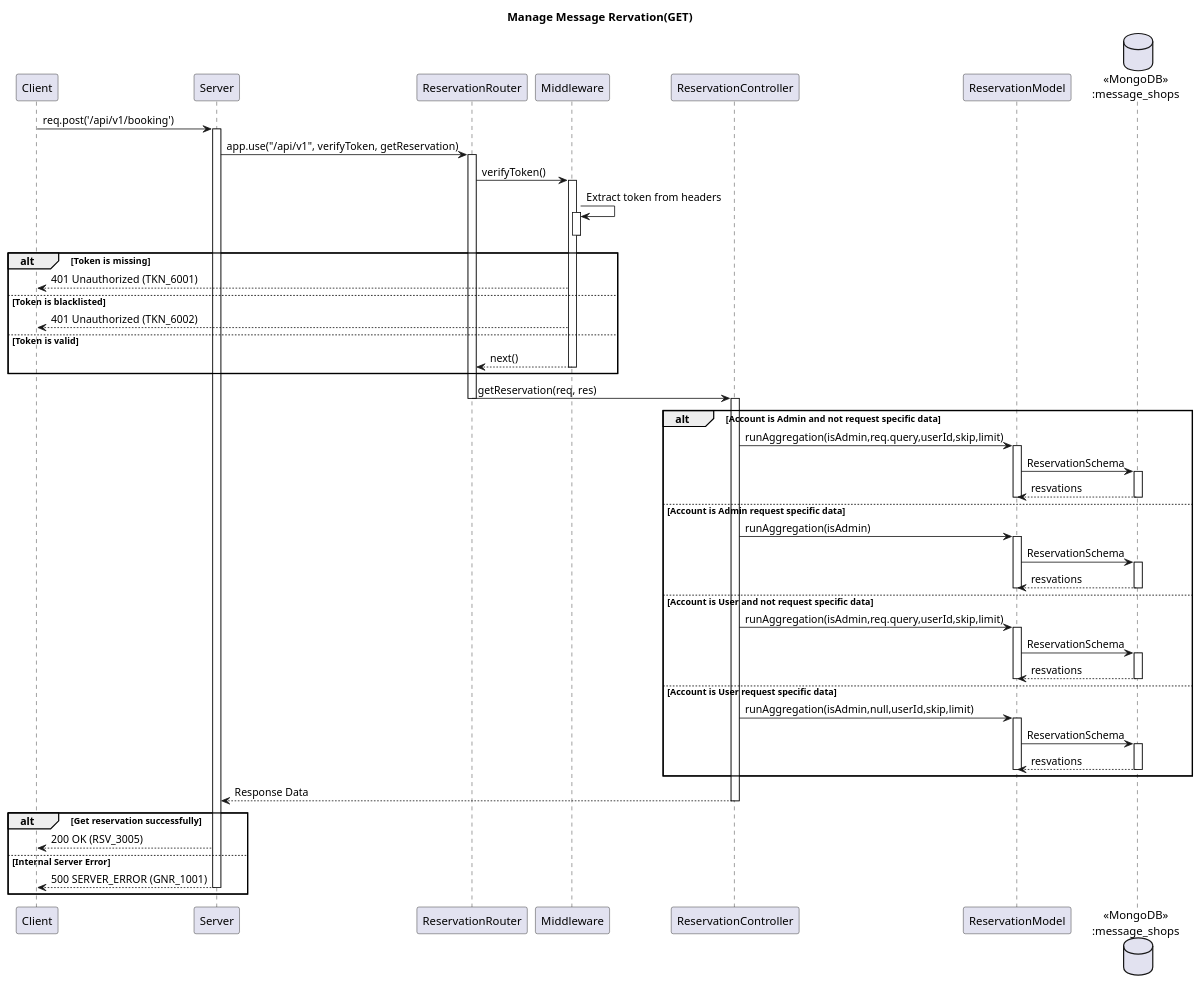
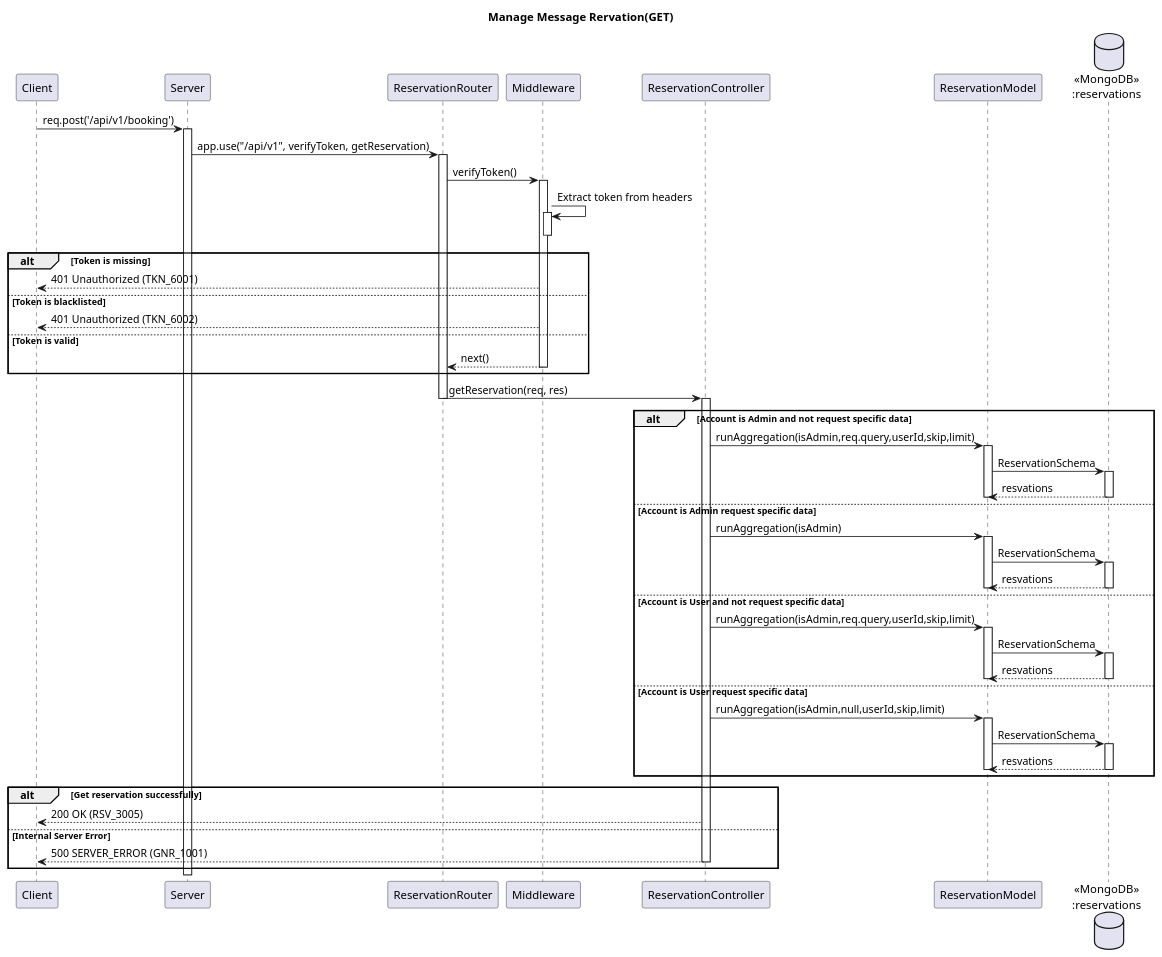
One commit to mindwua/massage_reservation changed the diagram in diagram/reservation/get_booking.puml. Above: the diagram before and after it, drawn with PlantUML. The commit also changed 4 other files, not shown here.

Commit message:
Mind | edit booking uml

```diff
--- a/diagram/reservation/get_booking.puml
+++ b/diagram/reservation/get_booking.puml
@@ -1,81 +1,81 @@
 @startuml
 
 title "Manage Message Rervation(GET)"
 
 participant Client
 participant Server
 participant ReservationRouter as "ReservationRouter"
 participant Middleware
 participant ReservationController as "ReservationController"
 participant ReservationModel as "ReservationModel"
-database "<<MongoDB>>\n:message_shops" as ReservationDatabase
+database "<<MongoDB>>\n:reservations" as ReservationDatabase
 
 Client -> Server: req.post('/api/v1/booking')
 activate Server
 Server -> ReservationRouter: app.use("/api/v1", verifyToken, getReservation)
 activate ReservationRouter
 
 ReservationRouter -> Middleware: verifyToken()
 activate Middleware
 Middleware -> Middleware: Extract token from headers
 activate Middleware
 deactivate Middleware
 
 
 alt Token is missing
     Middleware --> Client: 401 Unauthorized (TKN_6001)
 else Token is blacklisted
     Middleware --> Client: 401 Unauthorized (TKN_6002)
 else Token is valid
     Middleware --> ReservationRouter: next()
 deactivate Middleware
 end
 
 ReservationRouter -> ReservationController: getReservation(req, res)
 deactivate ReservationRouter
 activate ReservationController
 
 alt Account is Admin and not request specific data
     ReservationController -> ReservationModel: runAggregation(isAdmin,req.query,userId,skip,limit)
     activate ReservationModel
     ReservationModel -> ReservationDatabase: ReservationSchema
     activate ReservationDatabase
     ReservationDatabase --> ReservationModel: resvations 
     deactivate ReservationDatabase
     deactivate ReservationModel
 else  Account is Admin request specific data
     ReservationController -> ReservationModel: runAggregation(isAdmin)
     activate ReservationModel
     ReservationModel -> ReservationDatabase: ReservationSchema
     activate ReservationDatabase
     ReservationDatabase --> ReservationModel: resvations 
     deactivate ReservationDatabase
     deactivate ReservationModel
 else Account is User and not request specific data
     ReservationController -> ReservationModel: runAggregation(isAdmin,req.query,userId,skip,limit)
     activate ReservationModel
     ReservationModel -> ReservationDatabase: ReservationSchema
     activate ReservationDatabase
     ReservationDatabase --> ReservationModel: resvations 
     deactivate ReservationDatabase
     deactivate ReservationModel
 else  Account is User request specific data
     ReservationController -> ReservationModel: runAggregation(isAdmin,null,userId,skip,limit)
     activate ReservationModel
     ReservationModel -> ReservationDatabase: ReservationSchema
     activate ReservationDatabase
     ReservationDatabase --> ReservationModel: resvations 
     deactivate ReservationDatabase
     deactivate ReservationModel
 end
 
-    ReservationController --> Server: Response Data
+    ' ReservationController --> Server: Response Data
+    ' deactivate Server
+alt Get reservation successfully
+    ReservationController --> Client: 200 OK (RSV_3005)
+else Internal Server Error   
+    ReservationController --> Client: 500 SERVER_ERROR (GNR_1001)
     deactivate ReservationController
-alt Get reservation successfully
-    Server --> Client: 200 OK (RSV_3005)
-else Internal Server Error   
-    Server --> Client: 500 SERVER_ERROR (GNR_1001)
-    deactivate Server
 end
 
 @enduml
```
